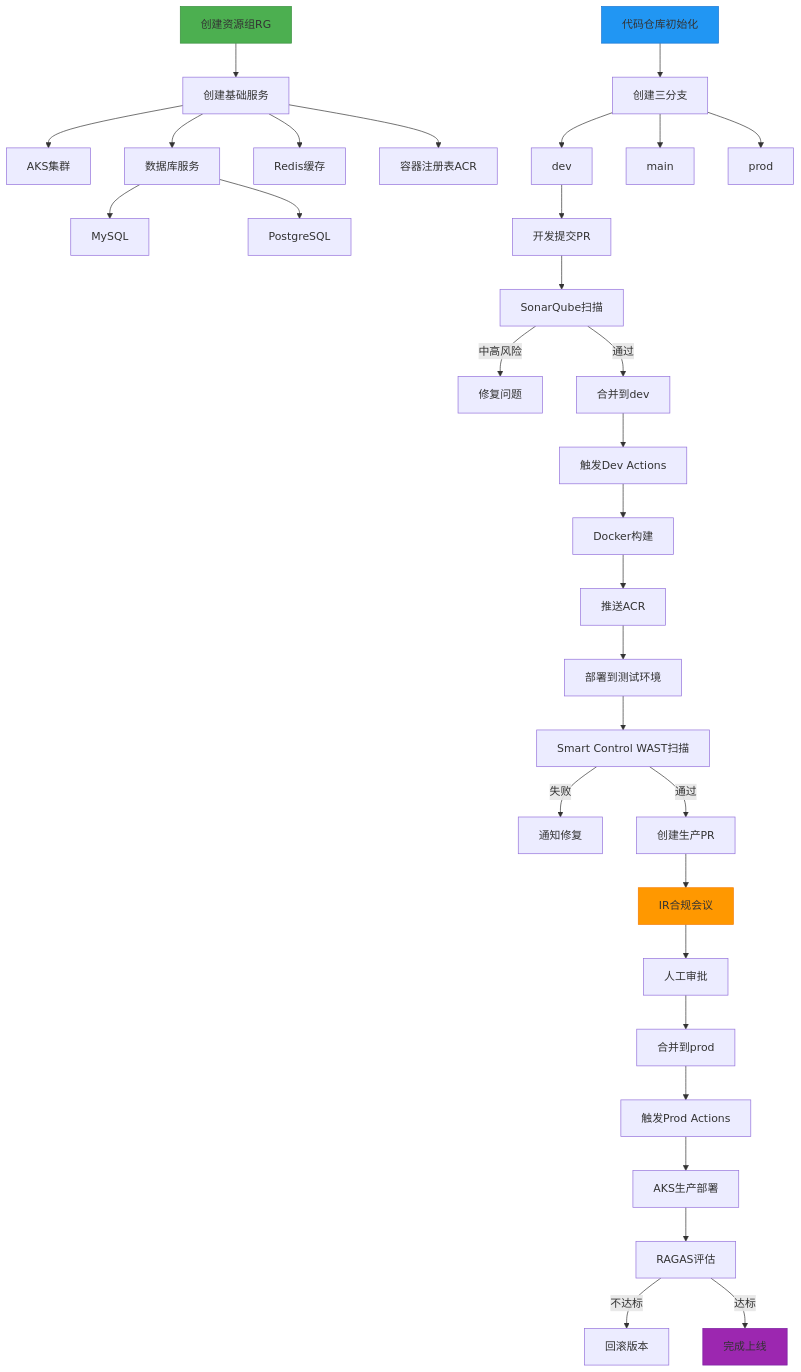
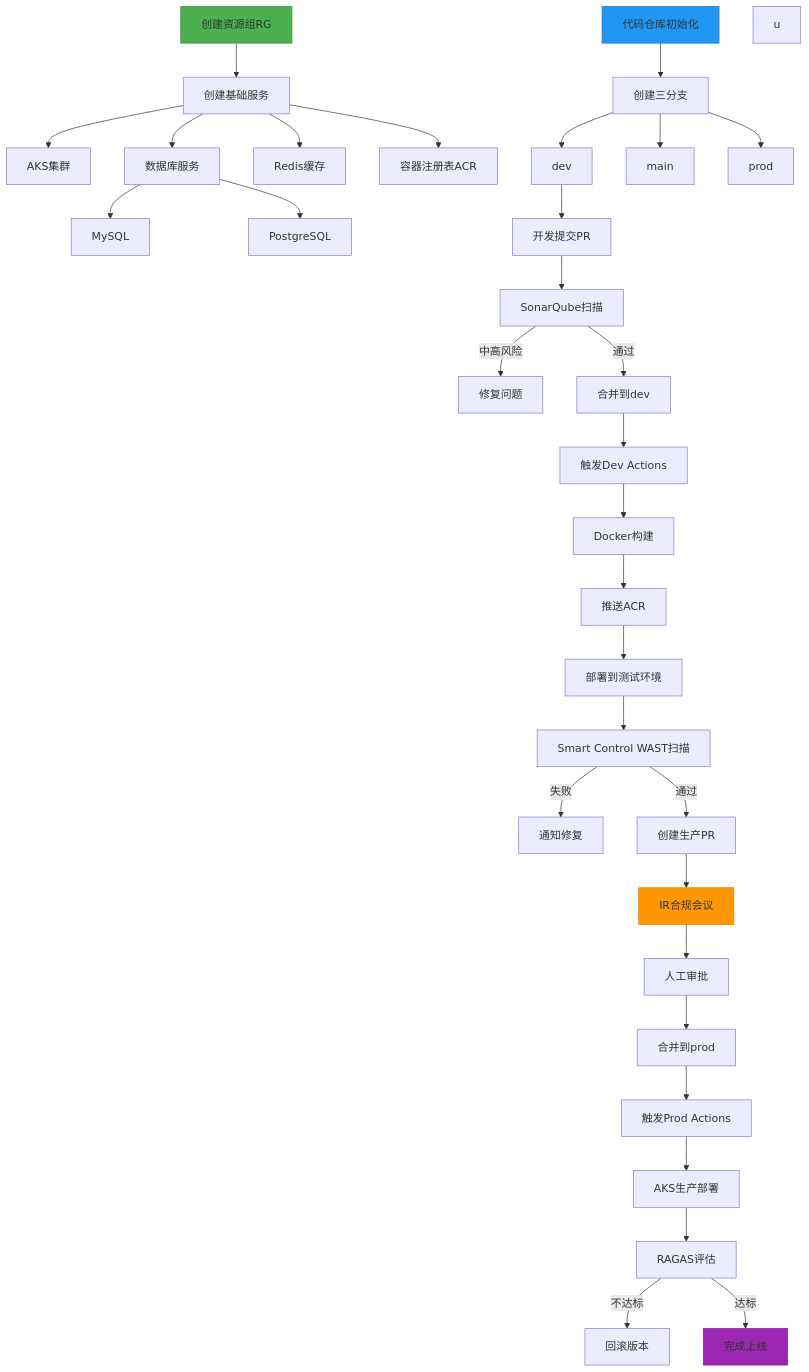
The diagram in all/未命名-1.md (funnyData/iodraw-files), drawn with Mermaid before and after one commit.

Commit message:
2025-02-27 01:19:54 update

````diff
--- a/all/未命名-1.md
+++ b/all/未命名-1.md
@@ -1,48 +1,49 @@
 ```mermaid
 graph TD
     A[创建资源组RG] --> B[创建基础服务]
     B --> C[AKS集群]
     B --> D[数据库服务]
     D --> DA[MySQL]
     D --> DB[PostgreSQL]
     B --> E[Redis缓存]
     B --> F[容器注册表ACR]
     
     G[代码仓库初始化] --> H[创建三分支]
     H --> I[dev]
     H --> J[main]
     H --> K[prod]
     
     I --> L[开发提交PR]
     L --> M[SonarQube扫描]
     M -->|中高风险| N[修复问题]
     M -->|通过| O[合并到dev]
     
     O --> P[触发Dev Actions]
     P --> Q[Docker构建]
     Q --> R[推送ACR]
     R --> S[部署到测试环境]
     
     S --> T[Smart Control WAST扫描]
     T -->|失败| U[通知修复]
+    u
     T -->|通过| V[创建生产PR]
     
     V --> W[IR合规会议]
     W --> X[人工审批]
     X --> Y[合并到prod]
     
     Y --> Z[触发Prod Actions]
     Z --> AC[AKS生产部署]
     %% Z --> AA[安全扫描]
     %% AA -->|高风险| AB[终止部署]
     %% AA -->|通过| AC[AKS生产部署]
     
     AC --> AD[RAGAS评估]
     AD -->|不达标| AE[回滚版本]
     AD -->|达标| AF[完成上线]
     
     style A fill:#4CAF50,stroke:#388E3C
     style G fill:#2196F3,stroke:#1976D2
     style W fill:#FF9800,stroke:#F57C00
     style AF fill:#9C27B0,stroke:#7B1FA2
 ```
````
